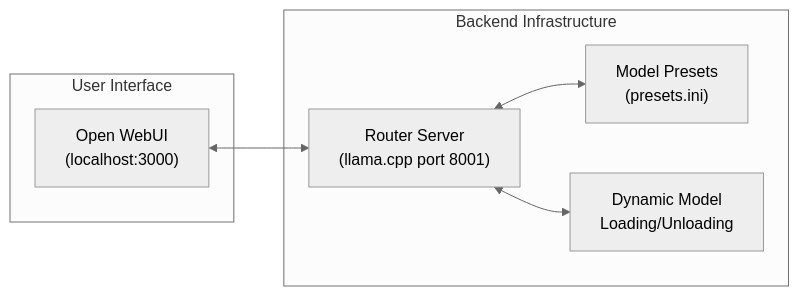
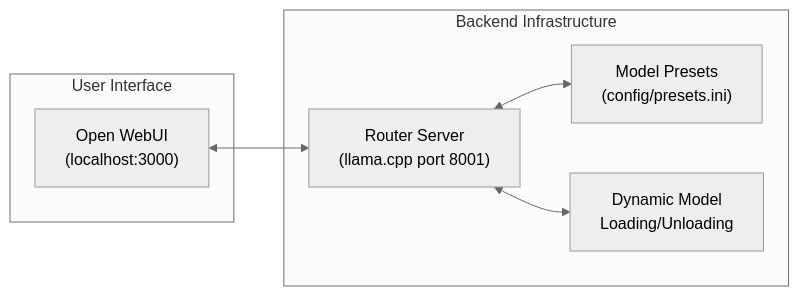
The diagram in README.md (baskinomics/ullama), drawn with Mermaid (neutral theme) before and after one commit. The commit also changed other lines of this file and 10 other files, not shown here.

First line of the commit message:
refactor(config): relocate preset .ini files to config directory

````diff
--- a/README.md
+++ b/README.md
@@ -166,16 +166,16 @@
 ```mermaid
 graph LR
     subgraph "User Interface"
         WebUI["Open WebUI<br/>(localhost:3000)"]
     end
 
     subgraph "Backend Infrastructure"
         Router["Router Server<br/>(llama.cpp port 8001)"]
-        Presets["Model Presets<br/>(presets.ini)"]
+        Presets["Model Presets<br/>(config/presets.ini)"]
         Loading["Dynamic Model<br/>Loading/Unloading"]
     end
 
     WebUI <--> Router
     Router <--> Presets
     Router <--> Loading
 ```
````
